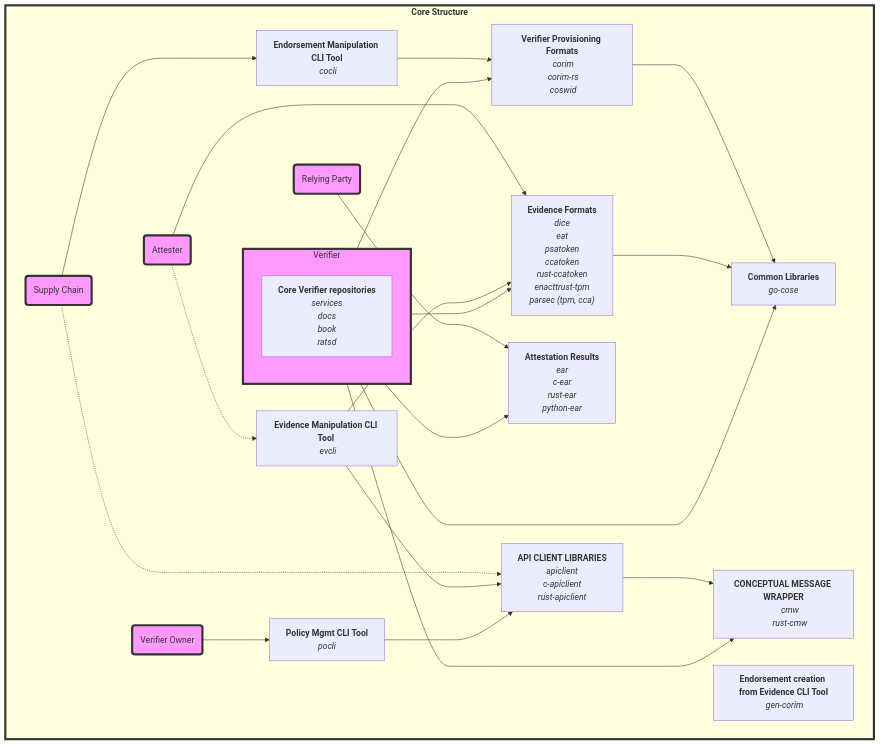
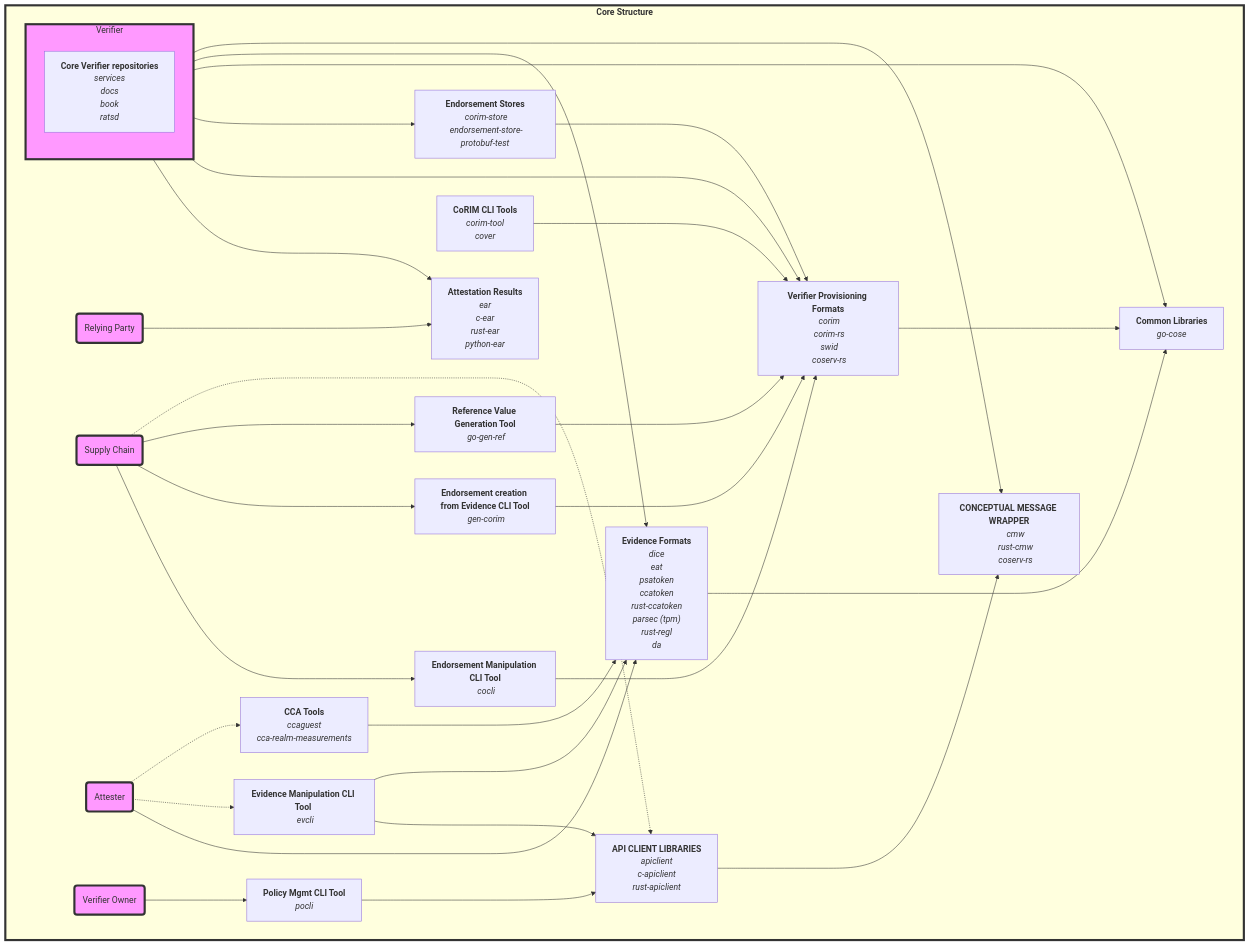
One commit to veraison/docs changed the second of 4 diagrams in repo-guide.md. Above: the diagram before and after it, drawn with Mermaid. The commit also changed other lines of this file, not shown here.

Commit message:
Update Veraison repository guide

````diff
--- a/repo-guide.md
+++ b/repo-guide.md
@@ -122,6 +161,6 @@
 ```mermaid
 flowchart TD
-subgraph Veraison["<b>Core Structure </b?"]
+subgraph Veraison["<b>Core Structure </b>"]
 style Veraison stroke:#333,stroke-width:4px
 
 SP("Supply Chain")
@@ -133,19 +172,30 @@
 COCLI["<b>Endorsement Manipulation CLI Tool</b>
  <i>cocli</i>"]
 
-GEN-CORIM["<b>Endorsement creation from Evidence CLI Tool</b>
+GENCORIM["<b>Endorsement creation from Evidence CLI Tool</b>
  <i>gen-corim</i>"]
+
+GENREF["<b>Reference Value Generation Tool</b>
+ <i>go-gen-ref</i>"]
 
 VPF["<b>Verifier Provisioning Formats</b>
  <i>corim</i>
  <i>corim-rs</i>
- <i>coswid</i>"]
+ <i>swid</i>
+ <i>coserv-rs</i>"]
 COCLI ---> VPF
+GENCORIM ---> VPF
+GENREF ---> VPF
 
 CL["<b>Common Libraries</b> 
      <i>go-cose</i>"]
 
 VPF ---> CL
+
+ESTORE["<b>Endorsement Stores</b>
+ <i>corim-store</i>
+ <i>endorsement-store-protobuf-test</i>"]
+ESTORE ---> VPF
 
 EF["<b>Evidence Formats</b> 
      <i>dice</i>
@@ -153,8 +203,9 @@
      <i>psatoken</i>
      <i>ccatoken</i>
      <i>rust-ccatoken</i>
-     <i>enacttrust-tpm</i>
-     <i>parsec (tpm, cca)</i>"]
+     <i>parsec (tpm)</i>
+     <i>rust-regl</i>
+     <i>da</i>"]
 EF ---> CL
 
 SD["<b>Core Verifier repositories</b> 
@@ -183,10 +234,13 @@
 
 
 Verifier ---> VPF
+Verifier ---> ESTORE
 Verifier ---> CL
 Verifier ---> EF
 
 SP ---> COCLI
+SP ---> GENCORIM
+SP ---> GENREF
 
 API["<b>API CLIENT LIBRARIES</b>
     <i>apiclient</i>
@@ -197,12 +251,24 @@
 EVCLI["<b>Evidence Manipulation CLI Tool</b> \n <i>evcli</i> "]
 EVCLI ---> API
 
+CCATOOLS["<b>CCA Tools</b>
+      <i>ccaguest</i>
+      <i>cca-realm-measurements</i>"]
+CCATOOLS ---> EF
+
+CORIMTOOLS["<b>CoRIM CLI Tools</b>
+      <i>corim-tool</i>
+      <i>cover</i>"]
+CORIMTOOLS ---> VPF
+
 CMW["<b>CONCEPTUAL MESSAGE WRAPPER</b>
       <i>cmw</i>
-      <i>rust-cmw</i>"]
+      <i>rust-cmw</i>
+      <i>coserv-rs</i>"]
 
 ATT --->EF
 ATT -.-> EVCLI
+ATT -.-> CCATOOLS
 EVCLI ---> EF
 API ---> CMW
 Verifier ---> CMW
````
